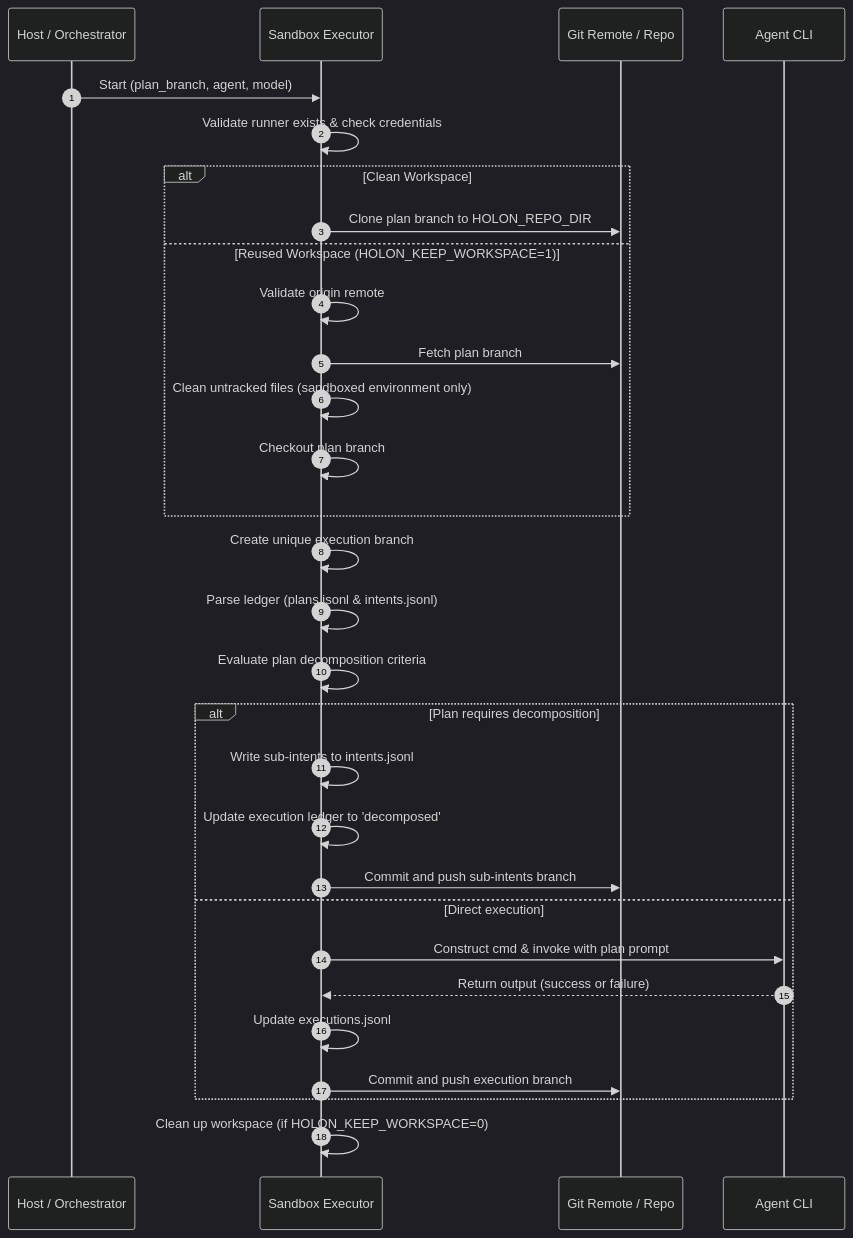
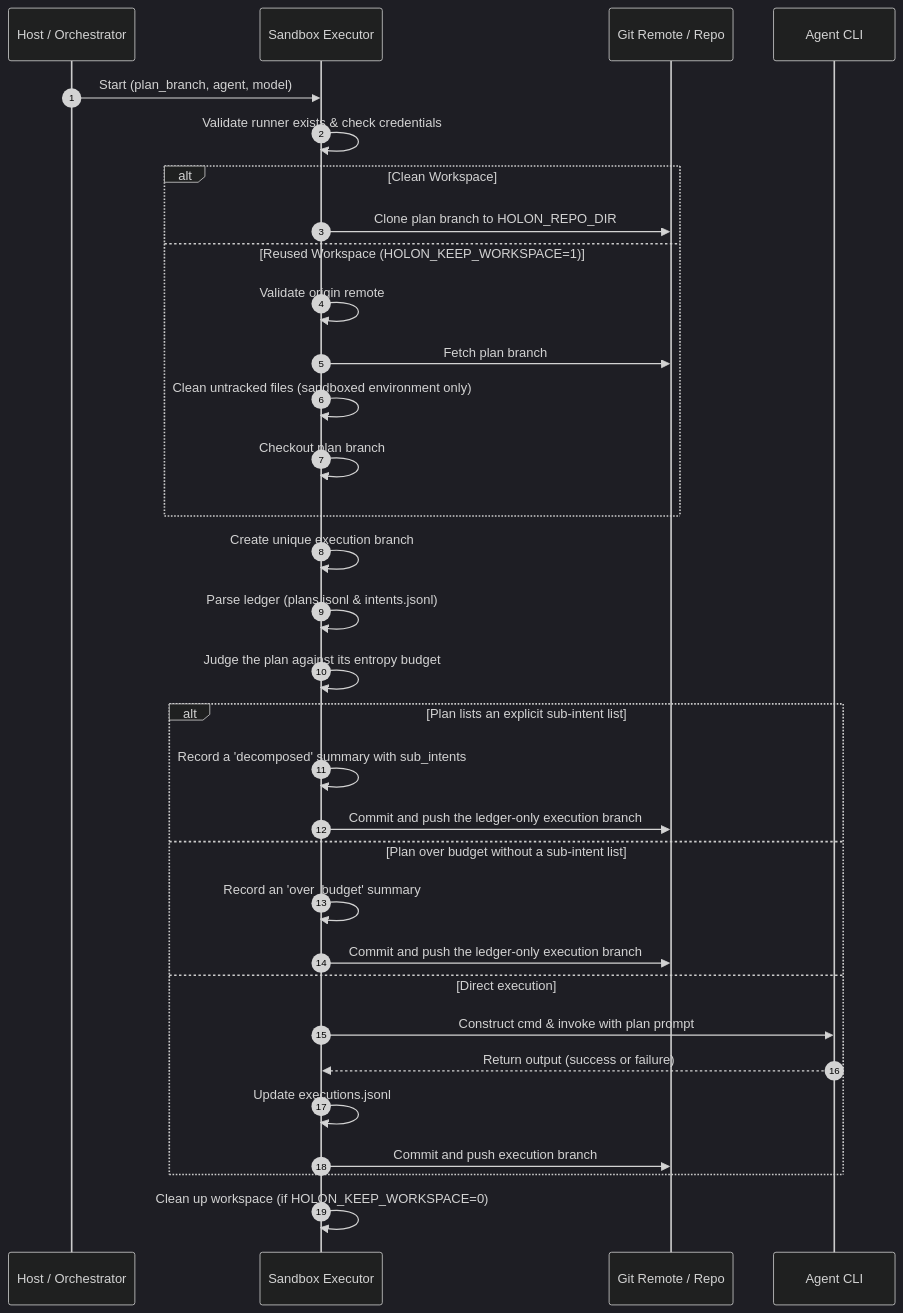
The second of 2 diagrams in docs/executor/execution_architecture_specification.md (Holon-Agentic-Coder/holon-agentic-coder), drawn with Mermaid (dark theme) before and after one commit. The commit also changed other lines of this file and 38 other files, not shown here.

First line of the commit message:
feat(executor): Stage 3 must never halt for human review, and must never fabricate sub-intents. T... (#97)

````diff
--- a/docs/executor/execution_architecture_specification.md
+++ b/docs/executor/execution_architecture_specification.md
@@ -36,33 +36,35 @@
 ```mermaid
 sequenceDiagram
     autonumber
     participant Host as Host / Orchestrator
     participant Exec as Sandbox Executor
     participant Git as Git Remote / Repo
     participant Agent as Agent CLI
 
     Host->>Exec: Start (plan_branch, agent, model)
     Exec->>Exec: Validate runner exists & check credentials
     alt Clean Workspace
         Exec->>Git: Clone plan branch to HOLON_REPO_DIR
     else Reused Workspace (HOLON_KEEP_WORKSPACE=1)
         Exec->>Exec: Validate origin remote
         Exec->>Git: Fetch plan branch
         Exec->>Exec: Clean untracked files (sandboxed environment only)
         Exec->>Exec: Checkout plan branch
     end
     Exec->>Exec: Create unique execution branch
     Exec->>Exec: Parse ledger (plans.jsonl & intents.jsonl)
-    Exec->>Exec: Evaluate plan decomposition criteria
-    alt Plan requires decomposition
-        Exec->>Exec: Write sub-intents to intents.jsonl
-        Exec->>Exec: Update execution ledger to 'decomposed'
-        Exec->>Git: Commit and push sub-intents branch
+    Exec->>Exec: Judge the plan against its entropy budget
+    alt Plan lists an explicit sub-intent list
+        Exec->>Exec: Record a 'decomposed' summary with sub_intents
+        Exec->>Git: Commit and push the ledger-only execution branch
+    else Plan over budget without a sub-intent list
+        Exec->>Exec: Record an 'over_budget' summary
+        Exec->>Git: Commit and push the ledger-only execution branch
     else Direct execution
         Exec->>Agent: Construct cmd & invoke with plan prompt
         Agent-->>Exec: Return output (success or failure)
         Exec->>Exec: Update executions.jsonl
         Exec->>Git: Commit and push execution branch
     end
     Exec->>Exec: Clean up workspace (if HOLON_KEEP_WORKSPACE=0)
 ```
````
